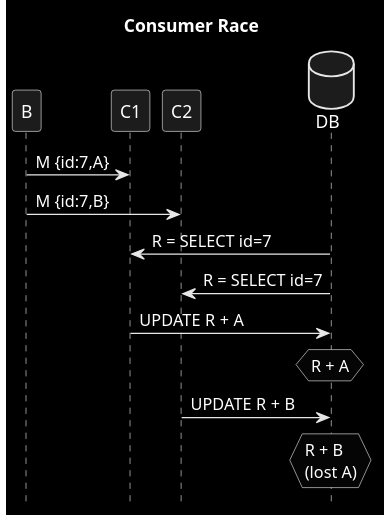
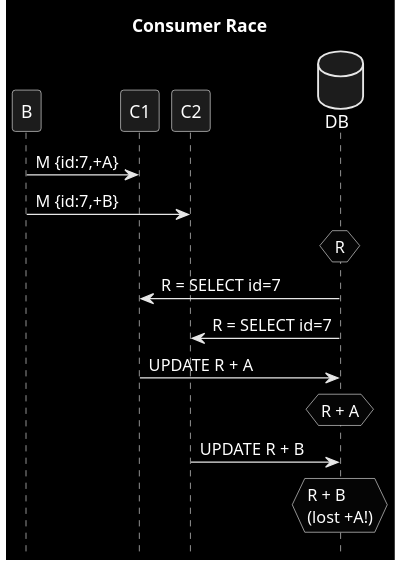
The diagram in patterns/3_race_c_c.puml (victorrentea/kafka), drawn with PlantUML before and after one commit. The commit also changed 47 other files, not shown here.

```diff
--- a/patterns/3_race_c_c.puml
+++ b/patterns/3_race_c_c.puml
@@ -1,15 +1,16 @@
 @startuml
 title Consumer Race
 hide footbox
 skinparam monochrome reverse
 database DB order 9
 
-B->C1: M {id:7,A}
-B->C2: M {id:7,B}
+B->C1: M {id:7,+A}
+B->C2: M {id:7,+B}
+hnote over DB: R
 C1<-DB: R = SELECT id=7
 C2<-DB: R = SELECT id=7
 C1->DB: UPDATE R + A
 hnote over DB: R + A
 C2->DB: UPDATE R + B
-hnote over DB: R + B\n(lost A)
+hnote over DB: R + B\n(lost +A!)
 @enduml
```
